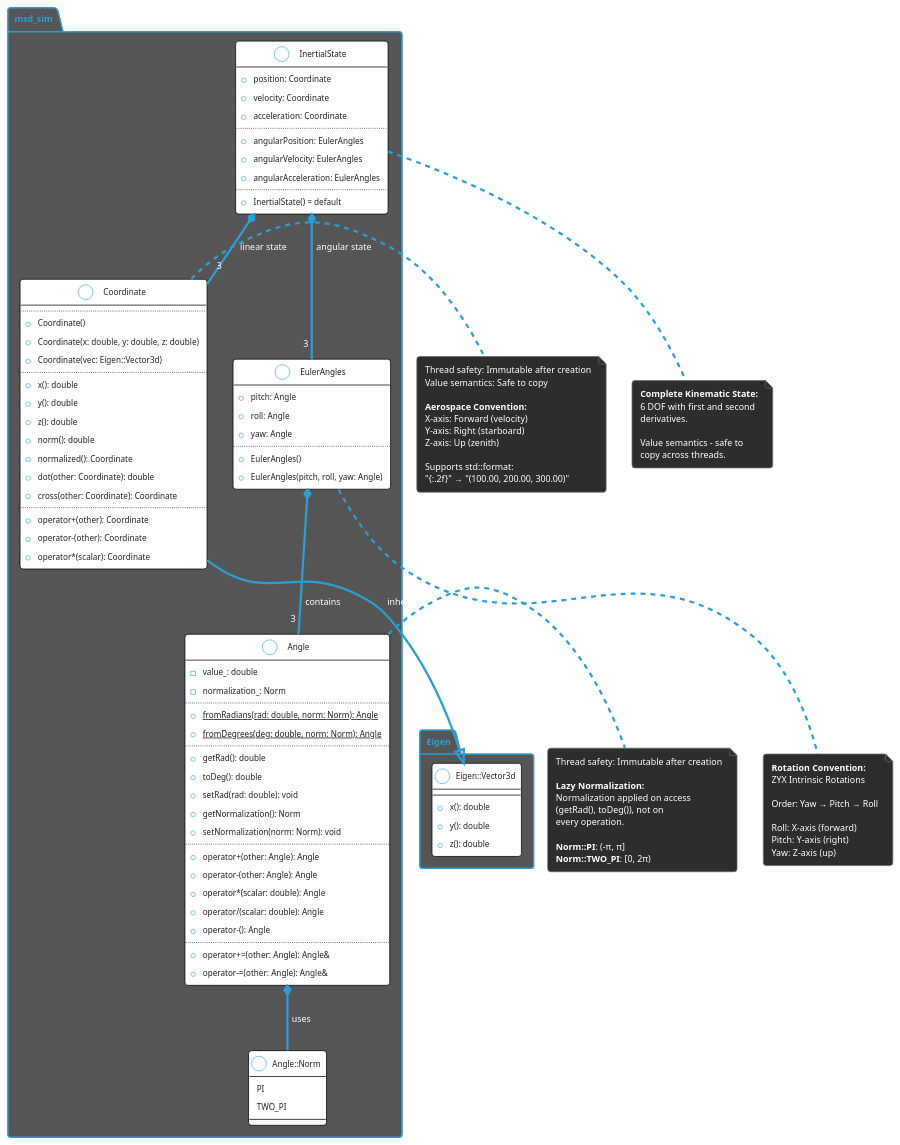
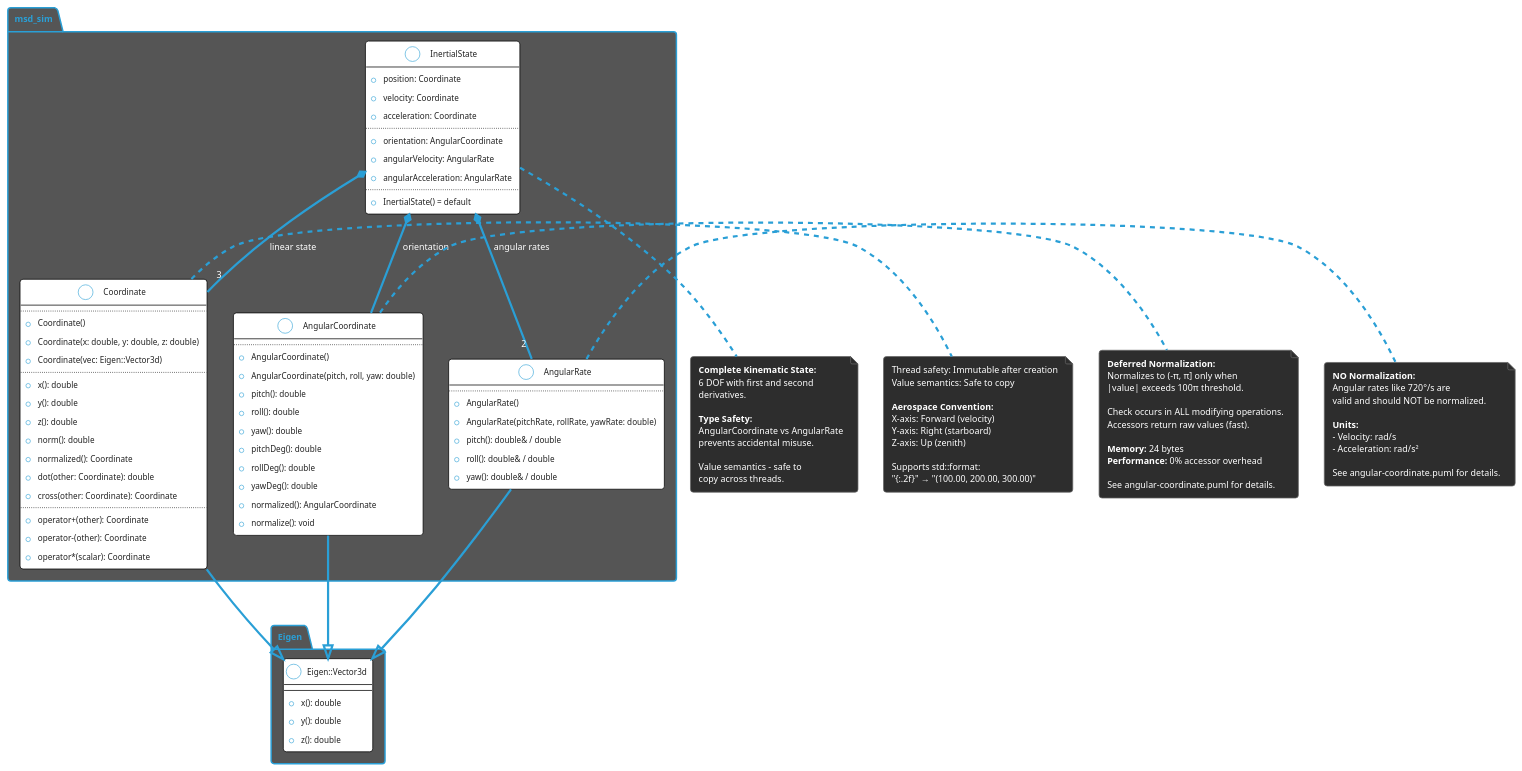
The diagram in docs/msd/msd-sim/Environment/mathematical-primitives.puml (danielnewman09/MSD-CPP), drawn with PlantUML before and after one commit. The commit also changed 49 other files, not shown here.

```diff
--- a/docs/msd/msd-sim/Environment/mathematical-primitives.puml
+++ b/docs/msd/msd-sim/Environment/mathematical-primitives.puml
@@ -1,176 +1,168 @@
 @startuml
 ' =============================================================================
 ' Feature: Mathematical Primitives
 ' Description: Core value types for 3D coordinates, angles, and kinematic state
 ' Date: 2026-01-01
 ' =============================================================================
 
 !theme cyborg
 
 ' -----------------------------------------------------------------------------
 ' Styling - documenting existing components (no new/modified highlighting)
 ' -----------------------------------------------------------------------------
 skinparam class {
     BackgroundColor White
     BorderColor Black
 }
 
 skinparam note {
     BackgroundColor #2d2d2d
     BorderColor #666666
 }
 
 ' -----------------------------------------------------------------------------
 ' Package/Namespace Organization
 ' -----------------------------------------------------------------------------
 package "msd_sim" {
 
     class Coordinate {
         ' Inherits from Eigen::Vector3d
         ..
         ' Construction
         +Coordinate()
         +Coordinate(x: double, y: double, z: double)
         +Coordinate(vec: Eigen::Vector3d)
         ..
         ' Inherited from Eigen::Vector3d
         +x(): double
         +y(): double
         +z(): double
         +norm(): double
         +normalized(): Coordinate
         +dot(other: Coordinate): double
         +cross(other: Coordinate): Coordinate
         ..
         ' Operators
         +operator+(other): Coordinate
         +operator-(other): Coordinate
         +operator*(scalar): Coordinate
     }
 
-    class Angle {
-        -value_: double
-        -normalization_: Norm
+    class AngularCoordinate {
+        ' Inherits from Eigen::Vector3d
         ..
-        ' Factory methods
-        +{static} fromRadians(rad: double, norm: Norm): Angle
-        +{static} fromDegrees(deg: double, norm: Norm): Angle
-        ..
-        ' Access (lazy normalization)
-        +getRad(): double
-        +toDeg(): double
-        +setRad(rad: double): void
-        +getNormalization(): Norm
-        +setNormalization(norm: Norm): void
-        ..
-        ' Arithmetic operators
-        +operator+(other: Angle): Angle
-        +operator-(other: Angle): Angle
-        +operator*(scalar: double): Angle
-        +operator/(scalar: double): Angle
-        +operator-(): Angle
-        ..
-        ' Compound assignment
-        +operator+=(other: Angle): Angle&
-        +operator-=(other: Angle): Angle&
+        +AngularCoordinate()
+        +AngularCoordinate(pitch, roll, yaw: double)
+        +pitch(): double
+        +roll(): double
+        +yaw(): double
+        +pitchDeg(): double
+        +rollDeg(): double
+        +yawDeg(): double
+        +normalized(): AngularCoordinate
+        +normalize(): void
     }
 
-    enum "Angle::Norm" as AngleNorm {
-        PI
-        TWO_PI
-    }
-
-    class EulerAngles {
-        +pitch: Angle
-        +roll: Angle
-        +yaw: Angle
+    class AngularRate {
+        ' Inherits from Eigen::Vector3d
         ..
-        +EulerAngles()
-        +EulerAngles(pitch, roll, yaw: Angle)
+        +AngularRate()
+        +AngularRate(pitchRate, rollRate, yawRate: double)
+        +pitch(): double& / double
+        +roll(): double& / double
+        +yaw(): double& / double
     }
 
     class InertialState {
         ' Linear components
         +position: Coordinate
         +velocity: Coordinate
         +acceleration: Coordinate
         ..
         ' Angular components
-        +angularPosition: EulerAngles
-        +angularVelocity: EulerAngles
-        +angularAcceleration: EulerAngles
+        +orientation: AngularCoordinate
+        +angularVelocity: AngularRate
+        +angularAcceleration: AngularRate
         ..
         +InertialState() = default
     }
 }
 
 package "Eigen" {
     class "Eigen::Vector3d" as EigenVector3d {
         +x(): double
         +y(): double
         +z(): double
     }
 }
 
 ' -----------------------------------------------------------------------------
 ' Relationships
 ' -----------------------------------------------------------------------------
 
 ' Inheritance
 Coordinate --|> EigenVector3d : inherits
+AngularCoordinate --|> EigenVector3d : inherits
+AngularRate --|> EigenVector3d : inherits
 
 ' Composition
-Angle *-- AngleNorm : uses
-EulerAngles *-- "3" Angle : contains
 InertialState *-- "3" Coordinate : linear state
-InertialState *-- "3" EulerAngles : angular state
+InertialState *-- AngularCoordinate : orientation
+InertialState *-- "2" AngularRate : angular rates
 
 ' -----------------------------------------------------------------------------
 ' Notes
 ' -----------------------------------------------------------------------------
 note right of Coordinate
     Thread safety: Immutable after creation
     Value semantics: Safe to copy
 
     **Aerospace Convention:**
     X-axis: Forward (velocity)
     Y-axis: Right (starboard)
     Z-axis: Up (zenith)
 
     Supports std::format:
     "{:.2f}" → "(100.00, 200.00, 300.00)"
 end note
 
-note right of Angle
-    Thread safety: Immutable after creation
+note right of AngularCoordinate
+    **Deferred Normalization:**
+    Normalizes to (-π, π] only when
+    |value| exceeds 100π threshold.
 
-    **Lazy Normalization:**
-    Normalization applied on access
-    (getRad(), toDeg()), not on
-    every operation.
+    Check occurs in ALL modifying operations.
+    Accessors return raw values (fast).
 
-    **Norm::PI**: (-π, π]
-    **Norm::TWO_PI**: [0, 2π)
+    **Memory:** 24 bytes
+    **Performance:** 0% accessor overhead
+
+    See angular-coordinate.puml for details.
 end note
 
-note bottom of EulerAngles
-    **Rotation Convention:**
-    ZYX Intrinsic Rotations
+note right of AngularRate
+    **NO Normalization:**
+    Angular rates like 720°/s are
+    valid and should NOT be normalized.
 
-    Order: Yaw → Pitch → Roll
+    **Units:**
+    - Velocity: rad/s
+    - Acceleration: rad/s²
 
-    Roll: X-axis (forward)
-    Pitch: Y-axis (right)
-    Yaw: Z-axis (up)
+    See angular-coordinate.puml for details.
 end note
 
 note bottom of InertialState
     **Complete Kinematic State:**
     6 DOF with first and second
     derivatives.
 
+    **Type Safety:**
+    AngularCoordinate vs AngularRate
+    prevents accidental misuse.
+
     Value semantics - safe to
     copy across threads.
 end note
 
 @enduml
```
